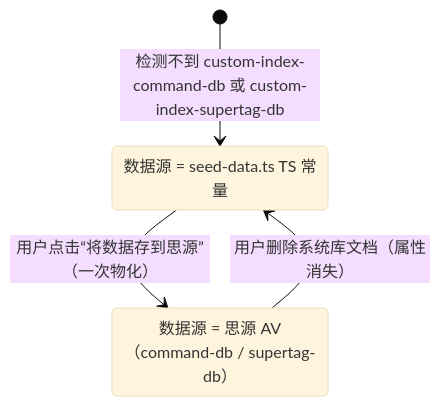
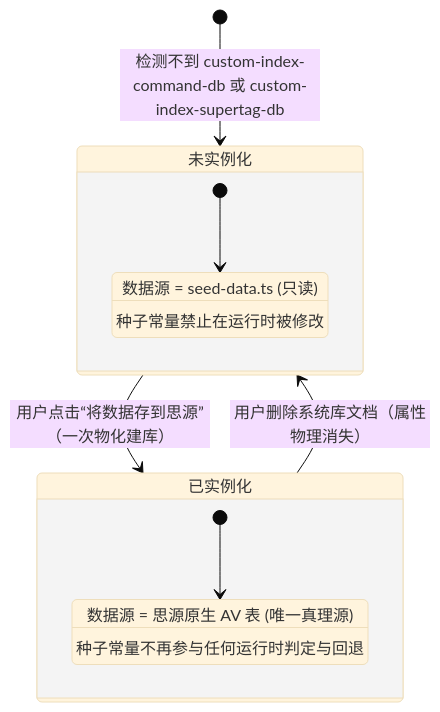
Before and after one commit to Szerelem0617/siyuan-plugins-index: the second of 2 diagrams in docs/architecture.md, drawn with Mermaid (base theme). The commit also changed other lines of this file and 17 other files, not shown here.

````diff
--- a/docs/architecture.md
+++ b/docs/architecture.md
@@ -22,8 +73,18 @@
 ```mermaid
 stateDiagram-v2
     [*] --> 未实例化: 检测不到 custom-index-command-db 或 custom-index-supertag-db
-    未实例化 --> 已实例化: 用户点击“将数据存到思源”（一次物化）
-    已实例化 --> 未实例化: 用户删除系统库文档（属性消失）
-    未实例化: 数据源 = seed-data.ts TS 常量
-    已实例化: 数据源 = 思源 AV（command-db / supertag-db）
+    未实例化 --> 已实例化: 用户点击“将数据存到思源”（一次物化建库）
+    已实例化 --> 未实例化: 用户删除系统库文档（属性物理消失）
+    
+    state 未实例化 {
+        [*] --> 读种子常量
+        读种子常量: 数据源 = seed-data.ts (只读)
+        读种子常量: 种子常量禁止在运行时被修改
+    }
+    
+    state 已实例化 {
+        [*] --> 读思源AV
+        读思源AV: 数据源 = 思源原生 AV 表 (唯一真理源)
+        读思源AV: 种子常量不再参与任何运行时判定与回退
+    }
 ```
````
